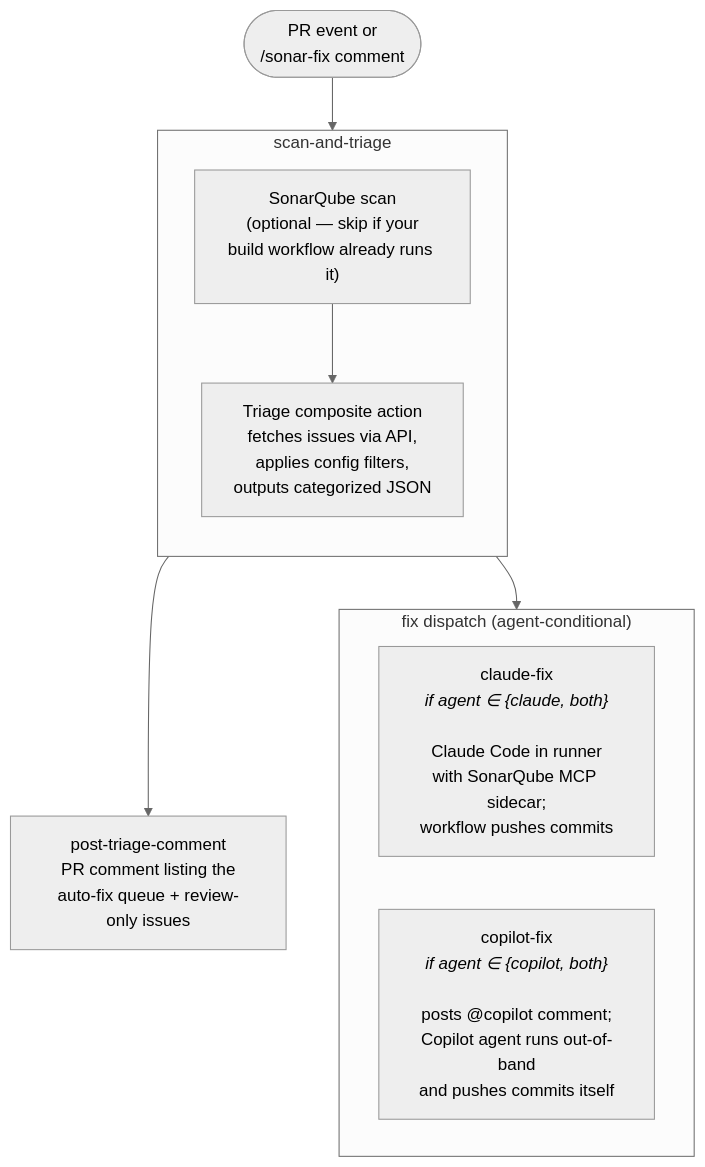
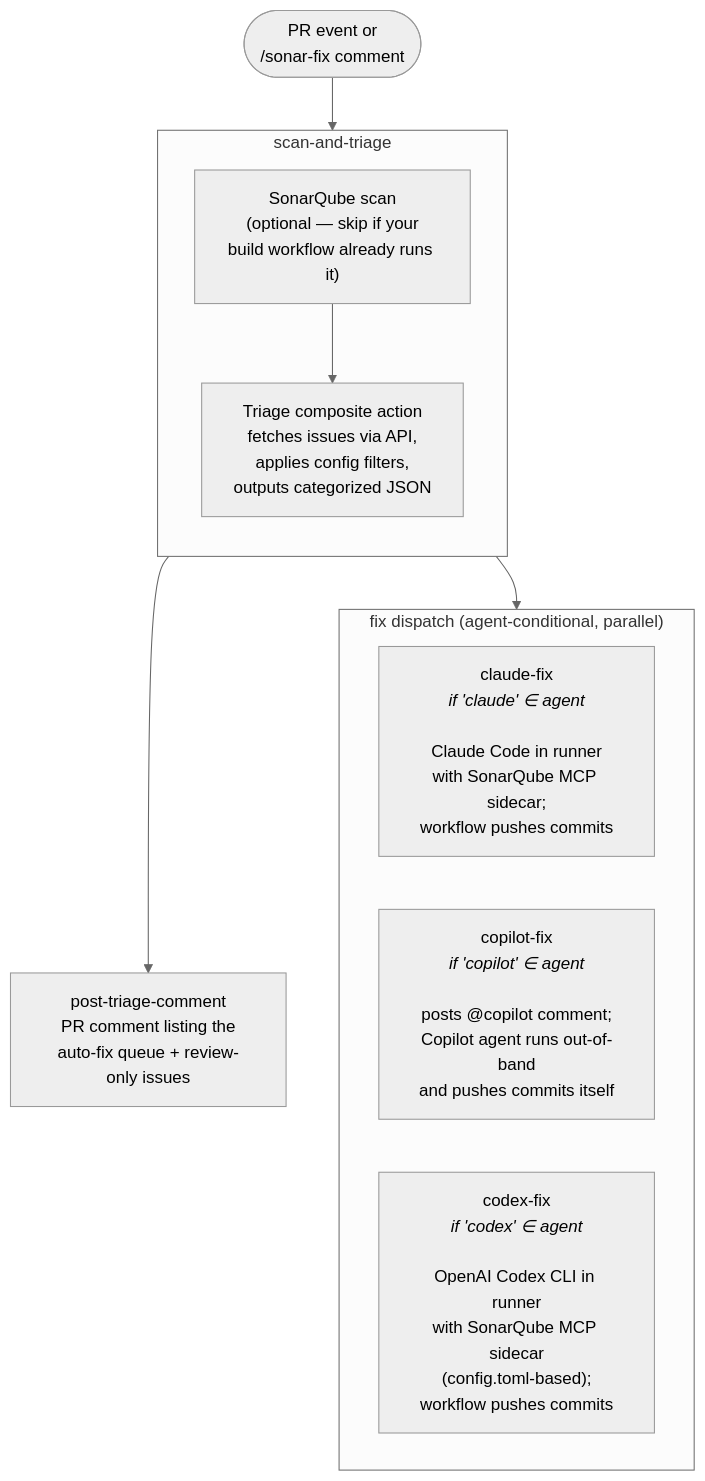
The second of 2 diagrams in README.md (jon-lipsky-sonarsource/sonar-fix), drawn with Mermaid (neutral theme) before and after one commit. The commit also changed other lines of this file and 7 other files, not shown here.

````diff
--- a/README.md
+++ b/README.md
@@ -381,23 +425,24 @@
 ```mermaid
 flowchart TB
   trig([PR event or<br/>/sonar-fix comment])
 
   subgraph j1["scan-and-triage"]
     direction TB
     scan["SonarQube scan<br/>(optional — skip if your<br/>build workflow already runs it)"]
     triage["Triage composite action<br/>fetches issues via API,<br/>applies config filters,<br/>outputs categorized JSON"]
     scan --> triage
   end
 
   j2["post-triage-comment<br/>PR comment listing the<br/>auto-fix queue + review-only issues"]
 
-  subgraph j3["fix dispatch (agent-conditional)"]
+  subgraph j3["fix dispatch (agent-conditional, parallel)"]
     direction LR
-    claude["claude-fix<br/><i>if agent ∈ {claude, both}</i><br/><br/>Claude Code in runner<br/>with SonarQube MCP sidecar;<br/>workflow pushes commits"]
-    copilot["copilot-fix<br/><i>if agent ∈ {copilot, both}</i><br/><br/>posts @copilot comment;<br/>Copilot agent runs out-of-band<br/>and pushes commits itself"]
+    claude["claude-fix<br/><i>if 'claude' ∈ agent</i><br/><br/>Claude Code in runner<br/>with SonarQube MCP sidecar;<br/>workflow pushes commits"]
+    copilot["copilot-fix<br/><i>if 'copilot' ∈ agent</i><br/><br/>posts @copilot comment;<br/>Copilot agent runs out-of-band<br/>and pushes commits itself"]
+    codex["codex-fix<br/><i>if 'codex' ∈ agent</i><br/><br/>OpenAI Codex CLI in runner<br/>with SonarQube MCP sidecar<br/>(config.toml-based);<br/>workflow pushes commits"]
   end
 
   trig --> j1
   j1 --> j2
   j1 --> j3
 ```
````
